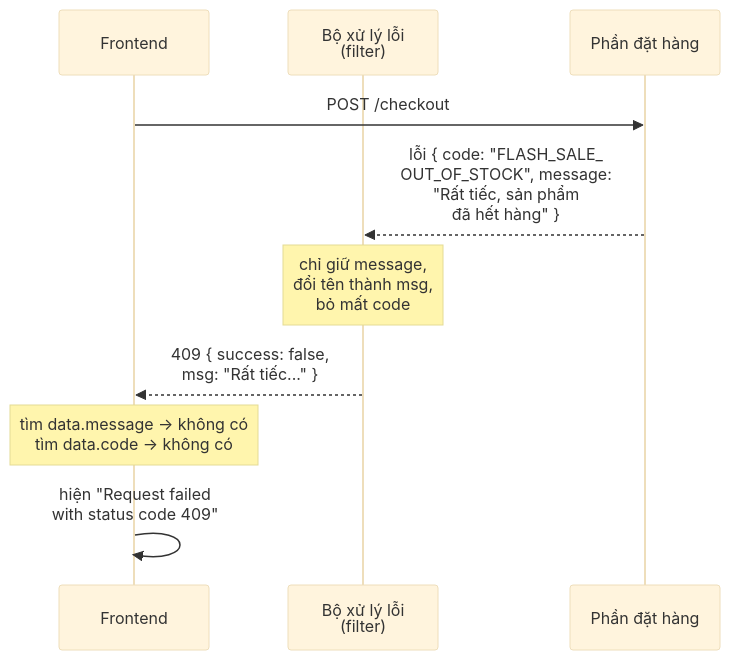
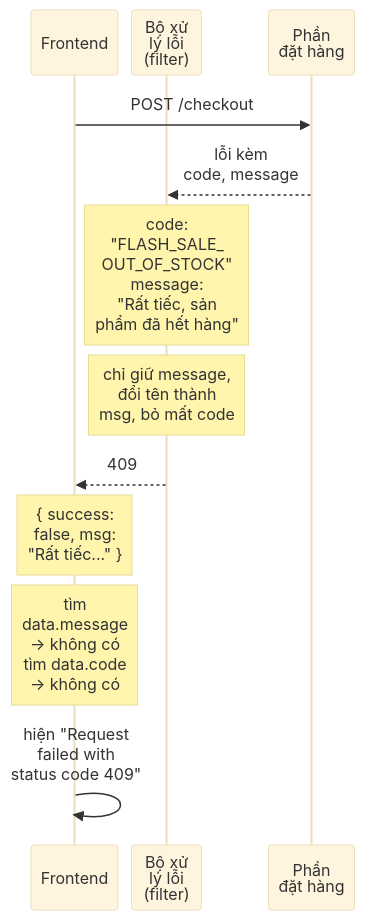
One commit to duongbui234/software-engineering-atlas changed the second of 2 diagrams in content/posts/2026-11-18-api-foundations.md. Above: the diagram before and after it, drawn with Mermaid (base theme). The commit also changed other lines of this file and 134 other files, not shown here.

First line of the commit message:
Fit every Mermaid diagram at 390px without sideways scroll (#56)

````diff
--- a/content/posts/2026-11-18-api-foundations.md
+++ b/content/posts/2026-11-18-api-foundations.md
@@ -269,12 +269,15 @@
 ```mermaid
+%%{init: {"sequence": {"width": 70, "actorMargin": 10}}}%%
 sequenceDiagram
     participant FE as Frontend
-    participant F as Bộ xử lý lỗi<br/>(filter)
-    participant S as Phần đặt hàng
+    participant F as Bộ xử<br/>lý lỗi<br/>(filter)
+    participant S as Phần<br/>đặt hàng
     FE->>S: POST /checkout
-    S-->>F: lỗi { code: "FLASH_SALE_<br/>OUT_OF_STOCK", message:<br/>"Rất tiếc, sản phẩm<br/>đã hết hàng" }
-    Note over F: chỉ giữ message,<br/>đổi tên thành msg,<br/>bỏ mất code
-    F-->>FE: 409 { success: false,<br/>msg: "Rất tiếc..." }
-    Note over FE: tìm data.message → không có<br/>tìm data.code → không có
-    FE->>FE: hiện "Request failed<br/>with status code 409"
+    S-->>F: lỗi kèm<br/>code, message
+    Note over F: code:<br/>"FLASH_SALE_<br/>OUT_OF_STOCK"<br/>message:<br/>"Rất tiếc, sản<br/>phẩm đã hết hàng"
+    Note over F: chỉ giữ message,<br/>đổi tên thành<br/>msg, bỏ mất code
+    F-->>FE: 409
+    Note over FE: { success:<br/>false, msg:<br/>"Rất tiếc..." }
+    Note over FE: tìm<br/>data.message<br/>→ không có<br/>tìm data.code<br/>→ không có
+    FE->>FE: hiện "Request<br/>failed with<br/>status code 409"
 ```
````
